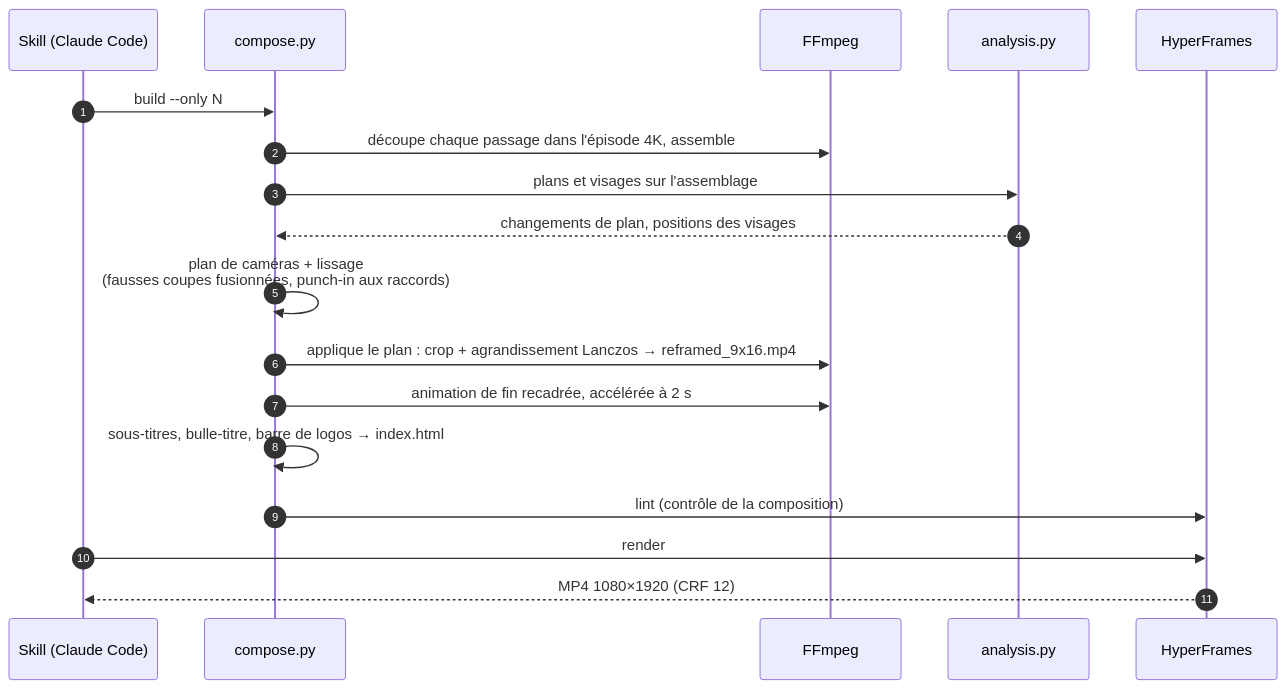
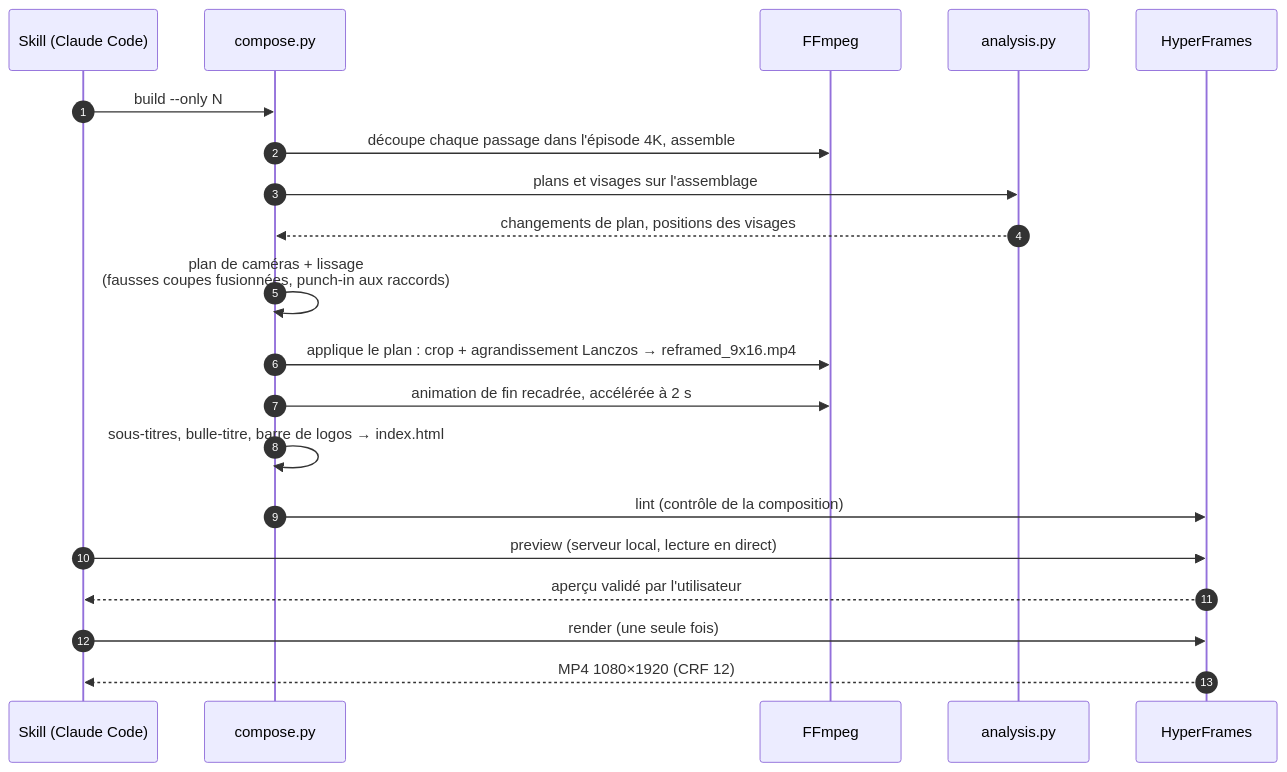
Before and after one commit to arthurw31/podcast-clipper: the third of 3 diagrams in docs/ARCHITECTURE.md, drawn with Mermaid. The commit also changed other lines of this file and 5 other files, not shown here.

Commit message:
Aperçu instantané intégré au workflow : preview (Studio en arrière-plan, un port par short, --stop), validation avant le rendu final ; skill et schémas à jour

````diff
--- a/docs/ARCHITECTURE.md
+++ b/docs/ARCHITECTURE.md
@@ -102,21 +104,23 @@
 ```mermaid
 sequenceDiagram
     autonumber
     participant SK as Skill (Claude Code)
     participant CO as compose.py
     participant FF as FFmpeg
     participant AN as analysis.py
     participant HF as HyperFrames
 
     SK->>CO: build --only N
     CO->>FF: découpe chaque passage dans l'épisode 4K, assemble
     CO->>AN: plans et visages sur l'assemblage
     AN-->>CO: changements de plan, positions des visages
     CO->>CO: plan de caméras + lissage<br/>(fausses coupes fusionnées, punch-in aux raccords)
     CO->>FF: applique le plan : crop + agrandissement Lanczos → reframed_9x16.mp4
     CO->>FF: animation de fin recadrée, accélérée à 2 s
     CO->>CO: sous-titres, bulle-titre, barre de logos → index.html
     CO->>HF: lint (contrôle de la composition)
-    SK->>HF: render
+    SK->>HF: preview (serveur local, lecture en direct)
+    HF-->>SK: aperçu validé par l'utilisateur
+    SK->>HF: render (une seule fois)
     HF-->>SK: MP4 1080×1920 (CRF 12)
 ```
````
